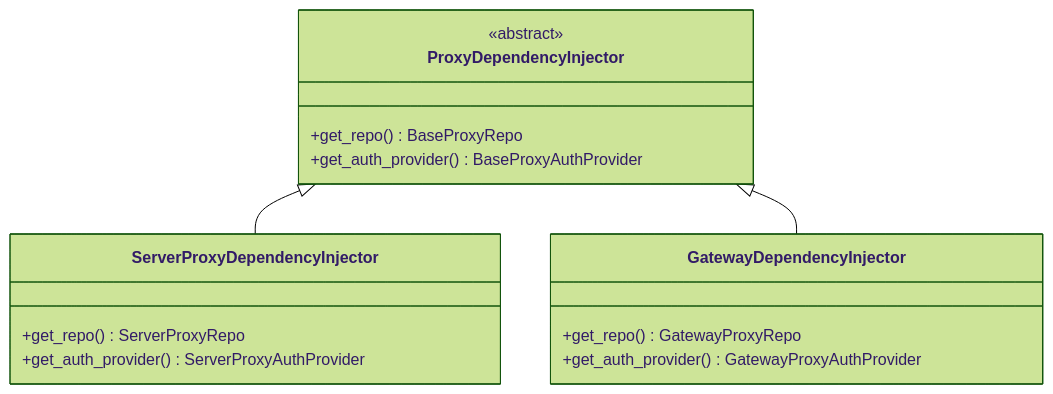
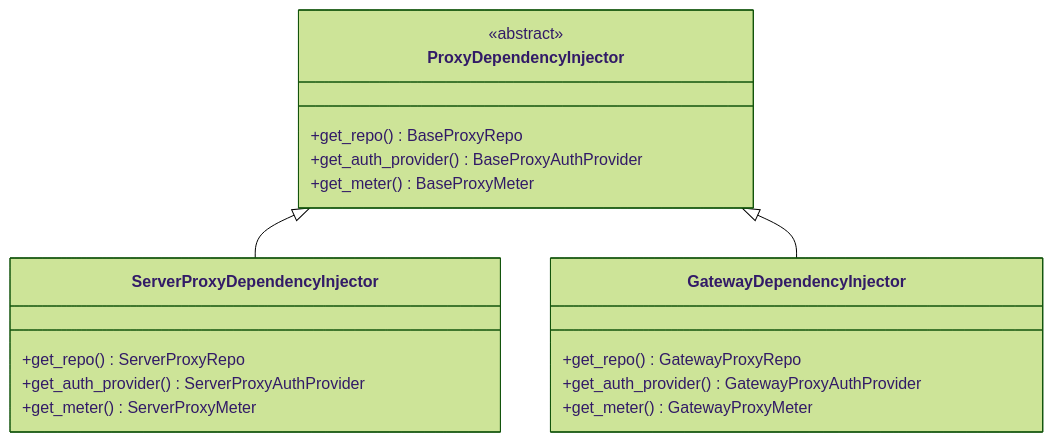
One commit to dstackai/dstack changed the fourth of 4 diagrams in contributing/PROXY.md. Above: the diagram before and after it, drawn with Mermaid (forest theme). The commit also changed other lines of this file and 114 other files, not shown here.

````diff
--- a/contributing/PROXY.md
+++ b/contributing/PROXY.md
@@ -107,18 +130,21 @@
 ```mermaid
 classDiagram
     class ProxyDependencyInjector {
         <<abstract>>
         +get_repo() BaseProxyRepo
         +get_auth_provider() BaseProxyAuthProvider
+        +get_meter() BaseProxyMeter
     }
     class ServerProxyDependencyInjector {
         +get_repo() ServerProxyRepo
         +get_auth_provider() ServerProxyAuthProvider
+        +get_meter() ServerProxyMeter
     }
     class GatewayDependencyInjector {
         +get_repo() GatewayProxyRepo
         +get_auth_provider() GatewayProxyAuthProvider
+        +get_meter() GatewayProxyMeter
     }
     ProxyDependencyInjector <|-- ServerProxyDependencyInjector
     ProxyDependencyInjector <|-- GatewayDependencyInjector
 ```
````
